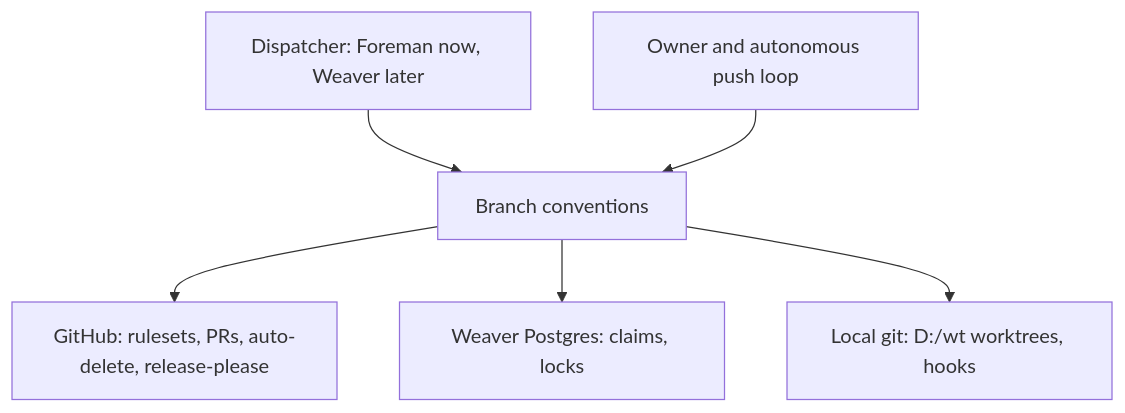
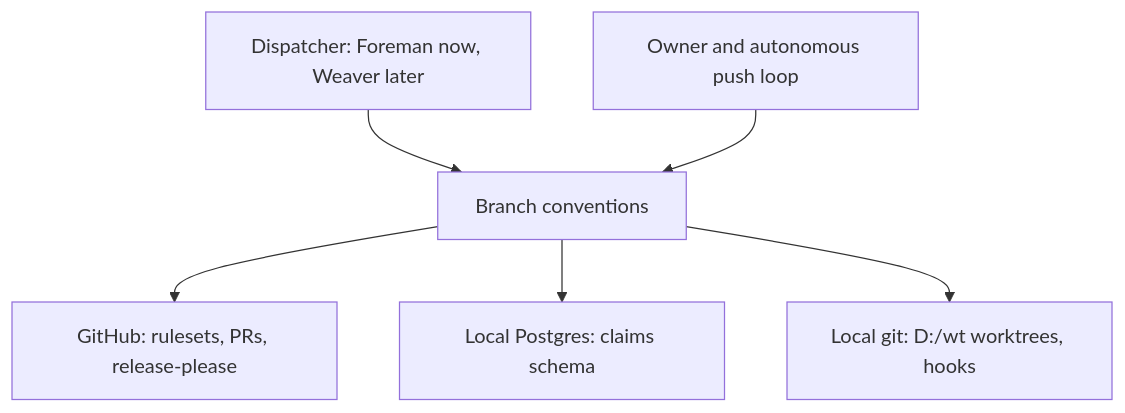
Before and after one commit to sibulus13/claudence: the first of 2 diagrams in docs/work/branch-conventions/README.md, drawn with Mermaid. The commit also changed other lines of this file and 9 other files, not shown here.

First line of the commit message:
docs(work): branch-conventions fix round; worktree-reaper child item; gap-ledger checks

````diff
--- a/docs/work/branch-conventions/README.md
+++ b/docs/work/branch-conventions/README.md
@@ -17,8 +18,8 @@
 ```mermaid
 flowchart TD
-  D[Dispatcher: Foreman now, Weaver later] --> S[Branch conventions]
-  H[Owner and autonomous push loop] --> S
-  S --> G[GitHub: rulesets, PRs, auto-delete, release-please]
-  S --> W[Weaver Postgres: claims, locks]
-  S --> F[Local git: D:/wt worktrees, hooks]
+  D["Dispatcher: Foreman now, Weaver later"] --> S["Branch conventions"]
+  H["Owner and autonomous push loop"] --> S
+  S --> G["GitHub: rulesets, PRs, release-please"]
+  S --> W["Local Postgres: claims schema"]
+  S --> F["Local git: D:/wt worktrees, hooks"]
 ```
````
